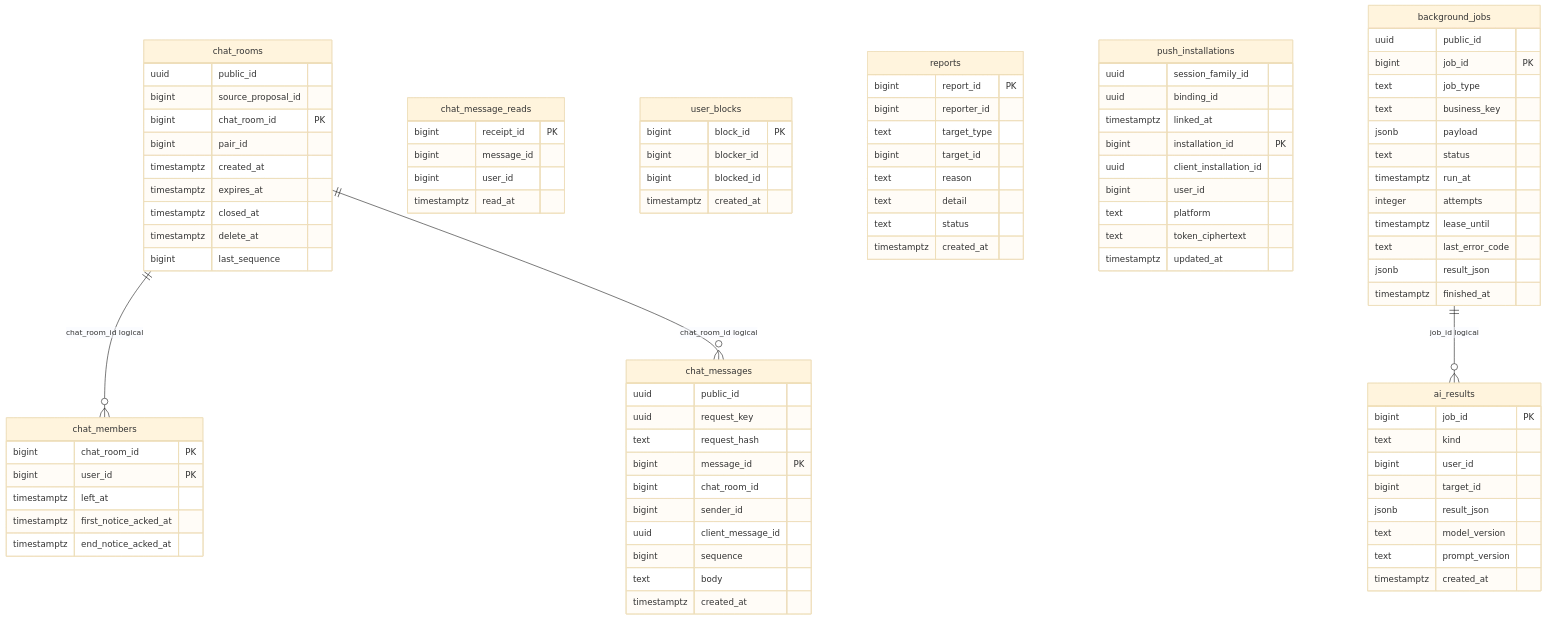
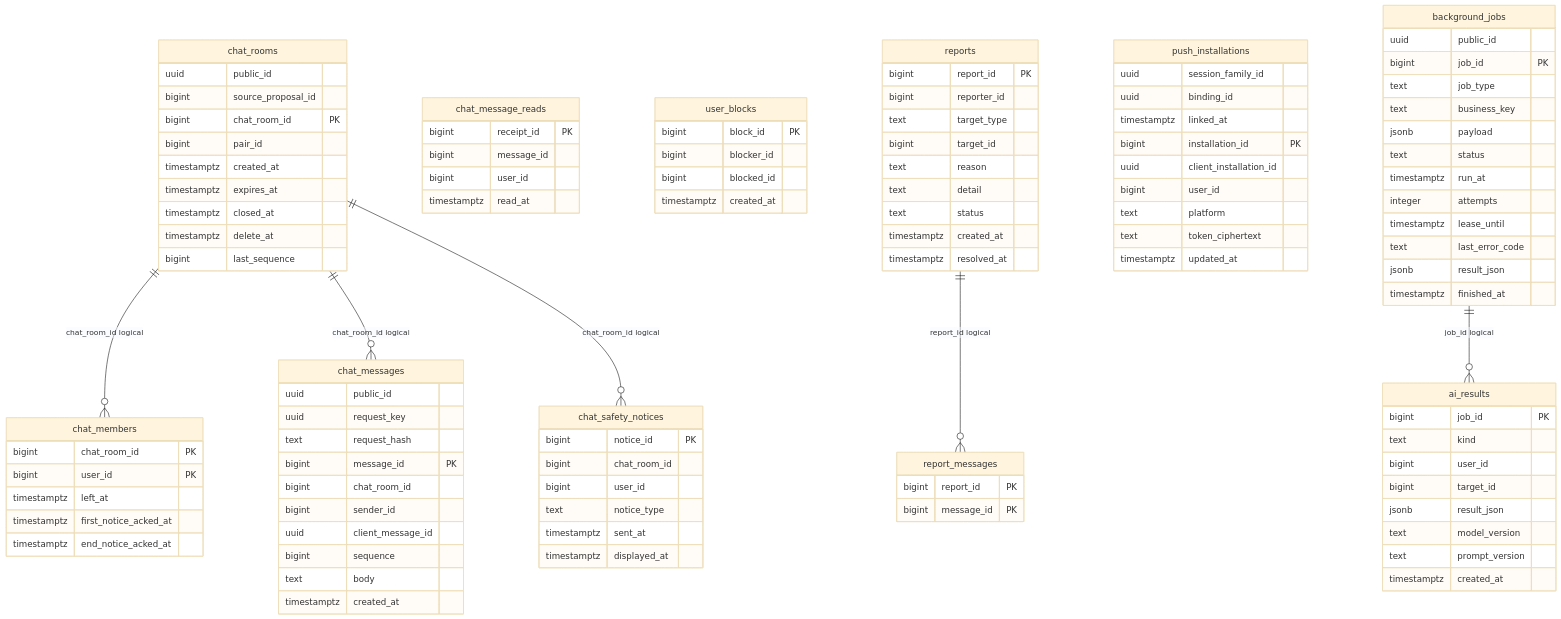
The diagram in docs/database/erd-4.mmd (j-moo/Tingle), drawn with Mermaid (base theme) before and after one commit. The commit also changed 11 other files, not shown here.

Commit message:
docs: 저장소 ERD 문서를 ERDCloud 최신본(25개 테이블·185개 컬럼)에 동기화

```diff
--- a/docs/database/erd-4.mmd
+++ b/docs/database/erd-4.mmd
@@ -1,91 +1,106 @@
 erDiagram
     chat_rooms {
         uuid public_id
         bigint source_proposal_id
         bigint chat_room_id PK
         bigint pair_id
         timestamptz created_at
         timestamptz expires_at
         timestamptz closed_at
         timestamptz delete_at
         bigint last_sequence
     }
     chat_members {
         bigint chat_room_id PK
         bigint user_id PK
         timestamptz left_at
         timestamptz first_notice_acked_at
         timestamptz end_notice_acked_at
     }
     chat_messages {
         uuid public_id
         uuid request_key
         text request_hash
         bigint message_id PK
         bigint chat_room_id
         bigint sender_id
         uuid client_message_id
         bigint sequence
         text body
         timestamptz created_at
     }
     chat_message_reads {
         bigint receipt_id PK
         bigint message_id
         bigint user_id
         timestamptz read_at
     }
+    chat_safety_notices {
+        bigint notice_id PK
+        bigint chat_room_id
+        bigint user_id
+        text notice_type
+        timestamptz sent_at
+        timestamptz displayed_at
+    }
     user_blocks {
         bigint block_id PK
         bigint blocker_id
         bigint blocked_id
         timestamptz created_at
     }
     reports {
         bigint report_id PK
         bigint reporter_id
         text target_type
         bigint target_id
         text reason
         text detail
         text status
         timestamptz created_at
+        timestamptz resolved_at
+    }
+    report_messages {
+        bigint report_id PK
+        bigint message_id PK
     }
     ai_results {
         bigint job_id PK
         text kind
         bigint user_id
         bigint target_id
         jsonb result_json
         text model_version
         text prompt_version
         timestamptz created_at
     }
     push_installations {
         uuid session_family_id
         uuid binding_id
         timestamptz linked_at
         bigint installation_id PK
         uuid client_installation_id
         bigint user_id
         text platform
         text token_ciphertext
         timestamptz updated_at
     }
     background_jobs {
         uuid public_id
         bigint job_id PK
         text job_type
         text business_key
         jsonb payload
         text status
         timestamptz run_at
         integer attempts
         timestamptz lease_until
         text last_error_code
         jsonb result_json
         timestamptz finished_at
     }
     chat_rooms ||--o{ chat_members : "chat_room_id logical"
     chat_rooms ||--o{ chat_messages : "chat_room_id logical"
     background_jobs ||--o{ ai_results : "job_id logical"
+    reports ||--o{ report_messages : "report_id logical"
+    chat_rooms ||--o{ chat_safety_notices : "chat_room_id logical"
```
